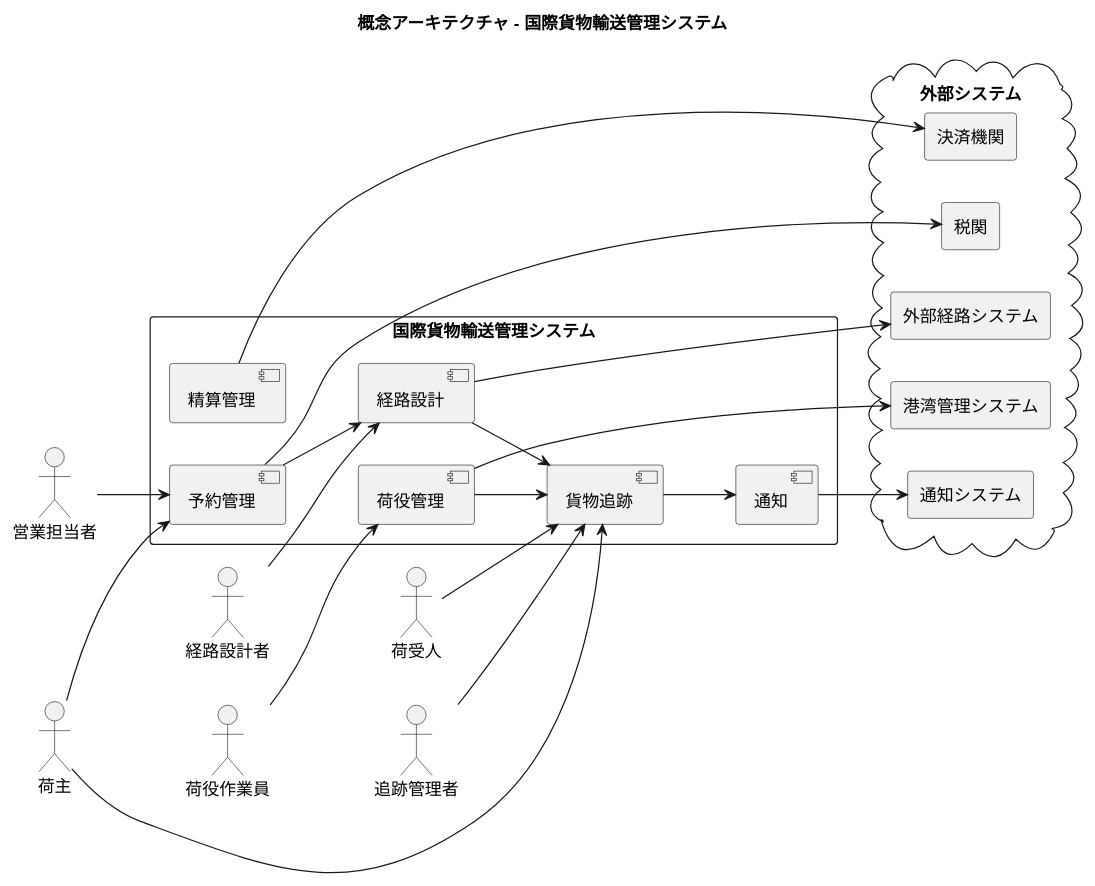
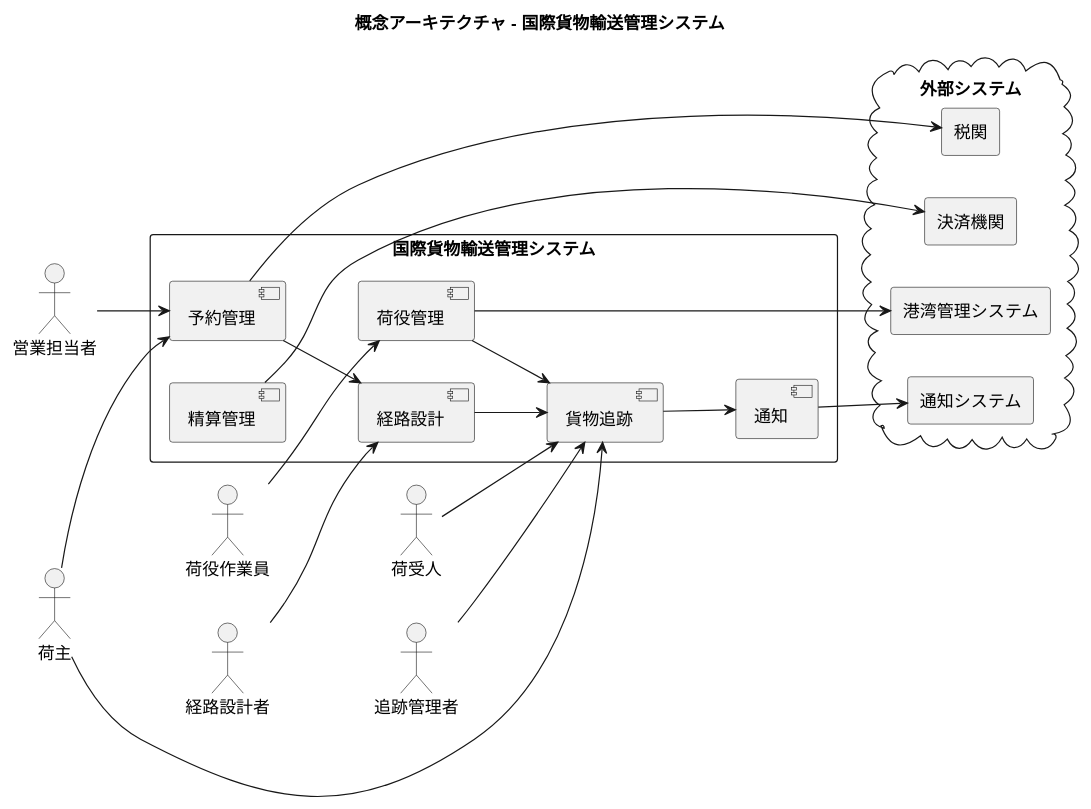
The first of 2 diagrams in docs/strategy/inception-deck.md (k2works/case-study-cargo-tracker), drawn with PlantUML before and after one commit. The commit also changed other lines of this file and 1 other file, not shown here.

````diff
--- a/docs/strategy/inception-deck.md
+++ b/docs/strategy/inception-deck.md
@@ -99,51 +99,49 @@
 ```plantuml
 @startuml
 
 title 概念アーキテクチャ - 国際貨物輸送管理システム
 
 left to right direction
 
 actor 荷主
 actor 荷受人
 actor 営業担当者
 actor 経路設計者
 actor 追跡管理者
 actor 荷役作業員
 
 rectangle "国際貨物輸送管理システム" {
   component "予約管理" as booking
   component "経路設計" as routing
   component "貨物追跡" as tracking
   component "荷役管理" as handling
   component "精算管理" as settlement
   component "通知" as notification
 }
 
 cloud "外部システム" {
-  agent 外部経路システム
   agent 港湾管理システム
   agent 通知システム
   agent 決済機関
   agent 税関
 }
 
 荷主 --> booking
 荷主 --> tracking
 荷受人 --> tracking
 営業担当者 --> booking
 経路設計者 --> routing
 追跡管理者 --> tracking
 荷役作業員 --> handling
 
 booking --> routing
 routing --> tracking
 handling --> tracking
 tracking --> notification
 settlement --> 決済機関
-routing --> 外部経路システム
 handling --> 港湾管理システム
 notification --> 通知システム
 booking --> 税関
 
 @enduml
 ```
````
